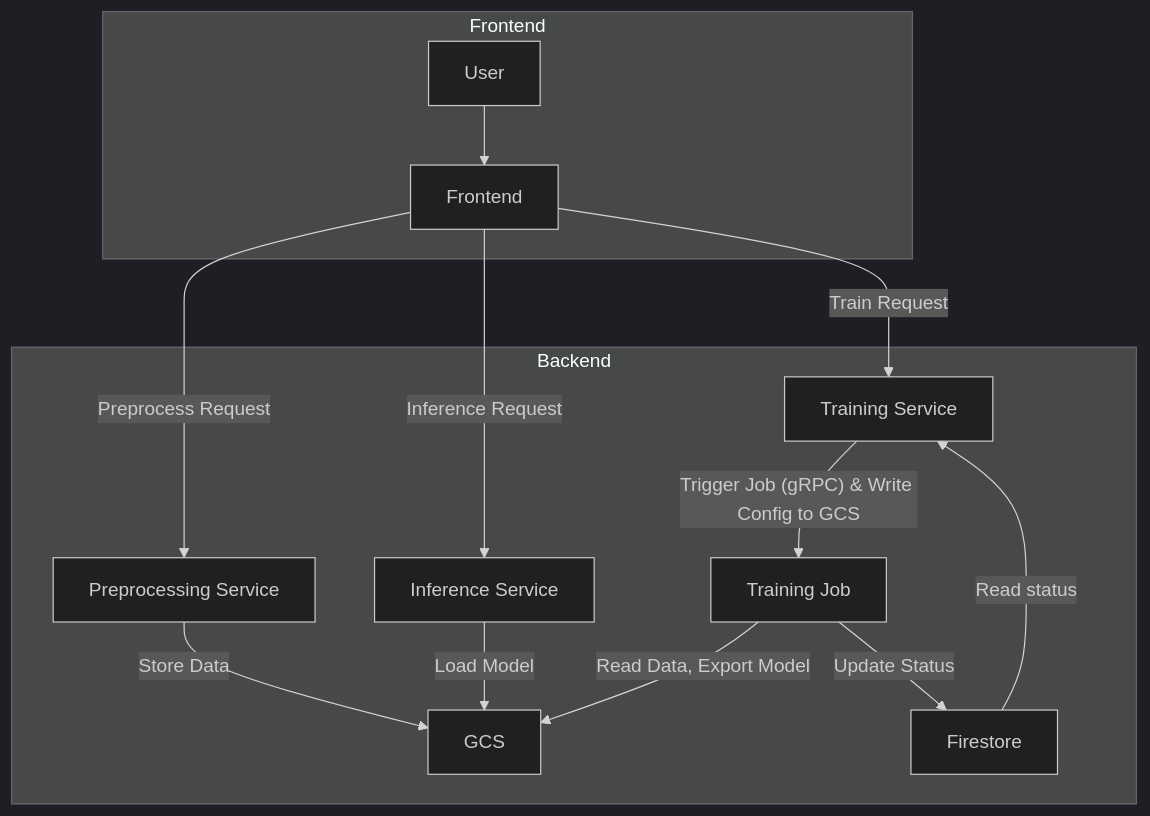
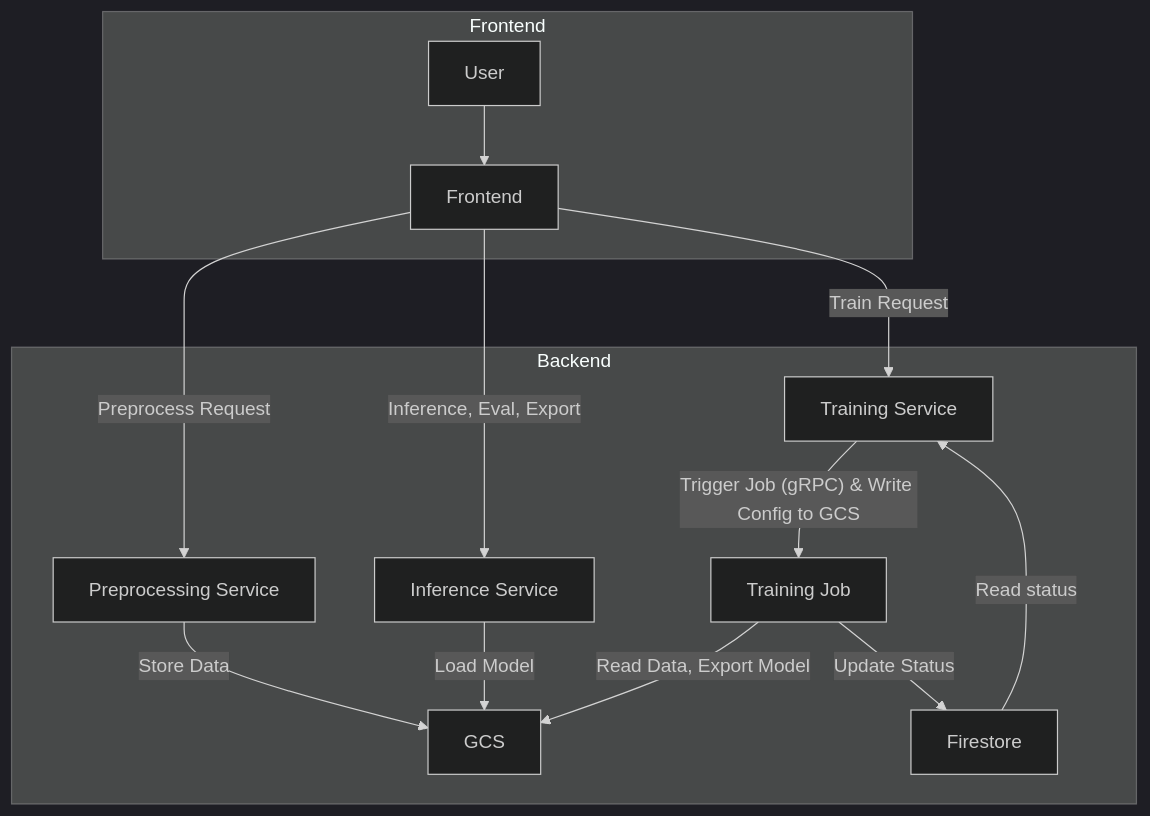
The diagram in README.md (gemma-fine-tuning/services), drawn with Mermaid (dark theme) before and after one commit. The commit also changed other lines of this file and 6 other files, not shown here.

Commit message:
fix: train request and config schema align

````diff
--- a/README.md
+++ b/README.md
@@ -21,22 +28,22 @@
 ```mermaid
 graph TD
     subgraph Frontend
         A["User"] --> B["Frontend"]
     end
 
     subgraph Backend
         B -- "Preprocess Request" --> C["Preprocessing Service"]
         C -- "Store Data" --> H["GCS"]
-        B -- "Inference Request" --> G["Inference Service"]
+        B -- "Inference, Eval, Export" --> G["Inference Service"]
         B -- "Train Request" --> D["Training Service"]
         D -- "Trigger Job (gRPC) & Write Config to GCS" --> E["Training Job"]
         E -- "Read Data, Export Model" --> H
         E -- "Update Status" --> F["Firestore"]
         F -- "Read status" --> D
         G -- "Load Model" --> H
     end
 
     class C,D,G service;
     class E job;
     class F,H storage;
 ```
````
